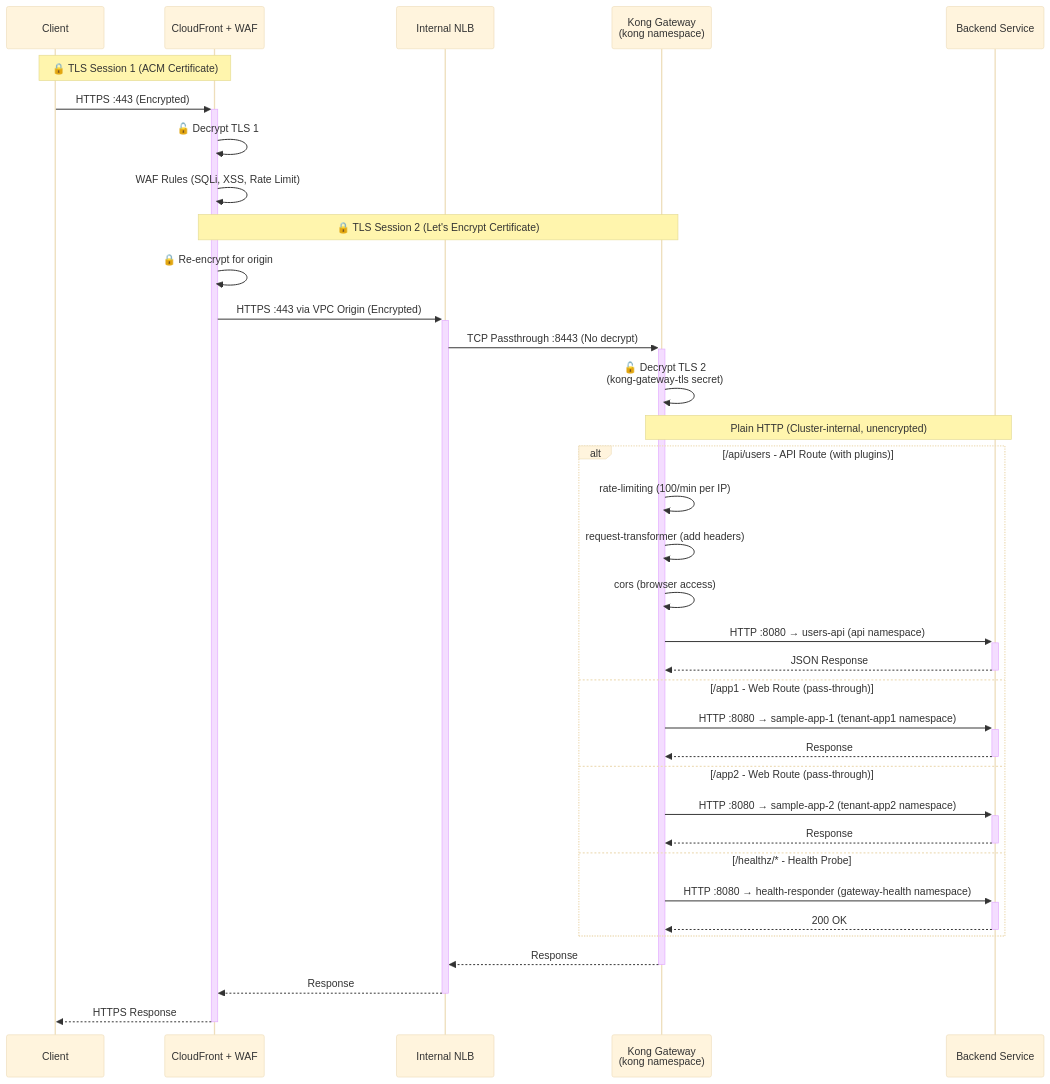
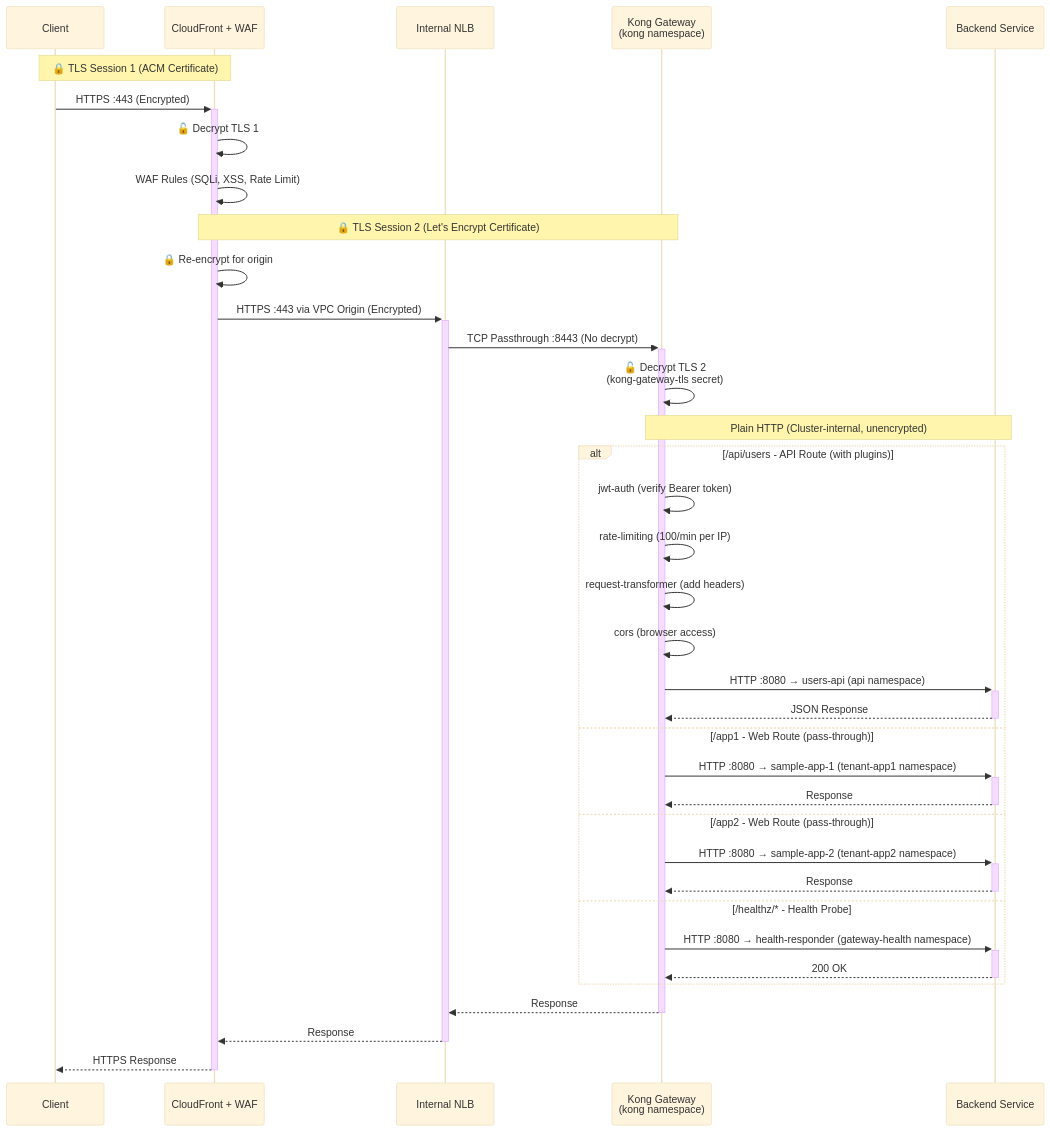
The third of 12 diagrams in README.md (shanaka-versent/Kong-Gateway-on-EKS), drawn with Mermaid (base theme) before and after one commit. The commit also changed other lines of this file and 2 other files, not shown here.

First line of the commit message:
feat: Add post-terraform setup script and streamline deployment flow

````diff
--- a/README.md
+++ b/README.md
@@ -329,41 +329,42 @@
 ```mermaid
 sequenceDiagram
     participant Client
     participant CF as CloudFront + WAF
     participant NLB as Internal NLB
     participant Kong as Kong Gateway<br/>(kong namespace)
     participant App as Backend Service
 
     Note over Client,CF: 🔒 TLS Session 1 (ACM Certificate)
     Client->>+CF: HTTPS :443 (Encrypted)
     CF->>CF: 🔓 Decrypt TLS 1
     CF->>CF: WAF Rules (SQLi, XSS, Rate Limit)
 
     Note over CF,Kong: 🔒 TLS Session 2 (Let's Encrypt Certificate)
     CF->>CF: 🔒 Re-encrypt for origin
     CF->>+NLB: HTTPS :443 via VPC Origin (Encrypted)
     NLB->>+Kong: TCP Passthrough :8443 (No decrypt)
     Kong->>Kong: 🔓 Decrypt TLS 2<br/>(kong-gateway-tls secret)
 
     Note over Kong,App: Plain HTTP (Cluster-internal, unencrypted)
     alt /api/users - API Route (with plugins)
+        Kong->>Kong: jwt-auth (verify Bearer token)
         Kong->>Kong: rate-limiting (100/min per IP)
         Kong->>Kong: request-transformer (add headers)
         Kong->>Kong: cors (browser access)
         Kong->>+App: HTTP :8080 → users-api (api namespace)
         App-->>-Kong: JSON Response
     else /app1 - Web Route (pass-through)
         Kong->>+App: HTTP :8080 → sample-app-1 (tenant-app1 namespace)
         App-->>-Kong: Response
     else /app2 - Web Route (pass-through)
         Kong->>+App: HTTP :8080 → sample-app-2 (tenant-app2 namespace)
         App-->>-Kong: Response
     else /healthz/* - Health Probe
         Kong->>+App: HTTP :8080 → health-responder (gateway-health namespace)
         App-->>-Kong: 200 OK
     end
 
     Kong-->>-NLB: Response
     NLB-->>-CF: Response
     CF-->>-Client: HTTPS Response
 ```
````
